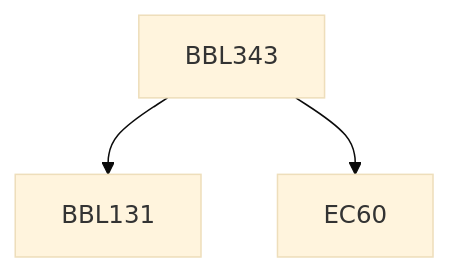
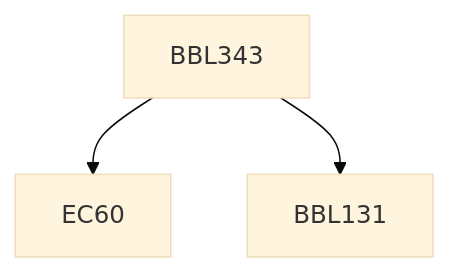
The diagram in content/Biochemical Engineering and Biotechnology/BBL343.md (KeshavBansal0122/CoS_Website), drawn with Mermaid (base theme) before and after one commit. The commit also changed other lines of this file and 392 other files, not shown here.

````diff
--- a/content/Biochemical Engineering and Biotechnology/BBL343.md
+++ b/content/Biochemical Engineering and Biotechnology/BBL343.md
@@ -13,9 +13,9 @@
 ```mermaid
 flowchart TD
 BBL343-75[BBL343]
+BBL343-75 --> EC60-75[EC60]
 BBL343-75 --> BBL131-75[BBL131]
-BBL343-75 --> EC60-75[EC60]
 
 classDef empty height:17px, fill:transparent, stroke:transparent;
 classDef trueEmpty height:0px, width:0px;
 ```
````
